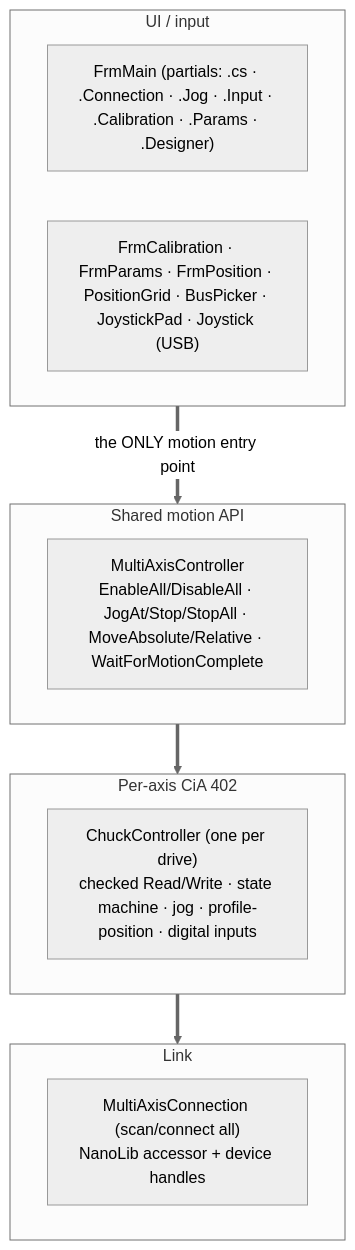
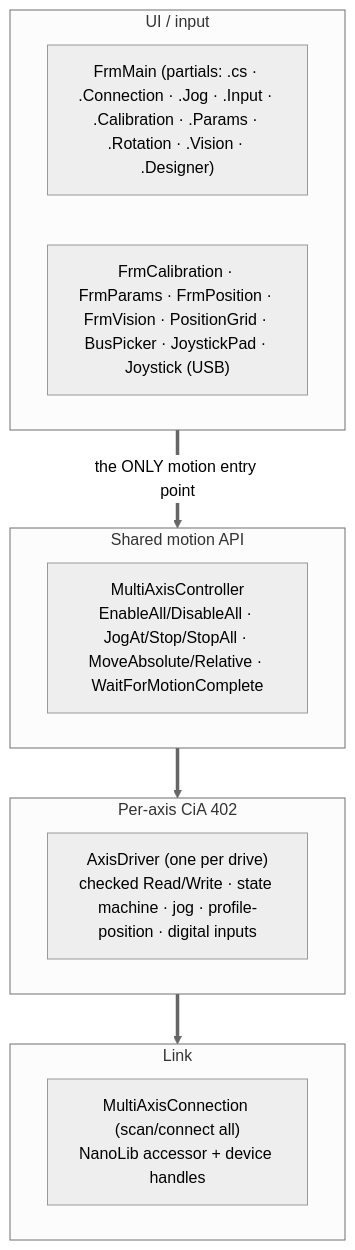
The first of 6 diagrams in Developer Guide/README.md (alexanderYaw/nanotec-controller), drawn with Mermaid (neutral theme) before and after one commit. The commit also changed other lines of this file and 1 other file, not shown here.

````diff
--- a/Developer Guide/README.md
+++ b/Developer Guide/README.md
@@ -15,20 +15,20 @@
 ```mermaid
 flowchart TB
     subgraph UI["UI / input"]
-        F["FrmMain (partials: .cs · .Connection · .Jog · .Input · .Calibration · .Params · .Designer)"]
-        W["FrmCalibration · FrmParams · FrmPosition · PositionGrid · BusPicker · JoystickPad · Joystick (USB)"]
+        F["FrmMain (partials: .cs · .Connection · .Jog · .Input · .Calibration · .Params · .Rotation · .Vision · .Designer)"]
+        W["FrmCalibration · FrmParams · FrmPosition · FrmVision · PositionGrid · BusPicker · JoystickPad · Joystick (USB)"]
     end
     subgraph API["Shared motion API"]
         M["MultiAxisController<br/>EnableAll/DisableAll · JogAt/Stop/StopAll · MoveAbsolute/Relative · WaitForMotionComplete"]
     end
     subgraph AXIS["Per-axis CiA 402"]
-        C["ChuckController (one per drive)<br/>checked Read/Write · state machine · jog · profile-position · digital inputs"]
+        C["AxisDriver (one per drive)<br/>checked Read/Write · state machine · jog · profile-position · digital inputs"]
     end
     subgraph LINK["Link"]
         L["MultiAxisConnection (scan/connect all)<br/>NanoLib accessor + device handles"]
     end
 
     UI ==>|the ONLY motion entry point| API
     API ==> AXIS
     AXIS ==> LINK
 ```
````
